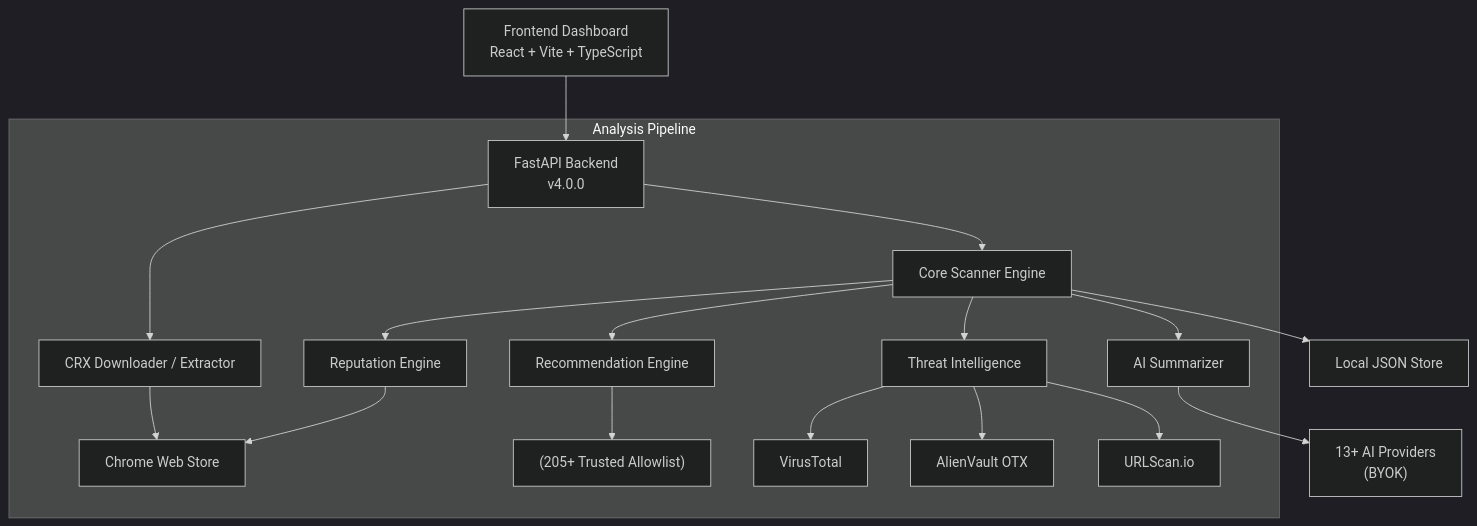
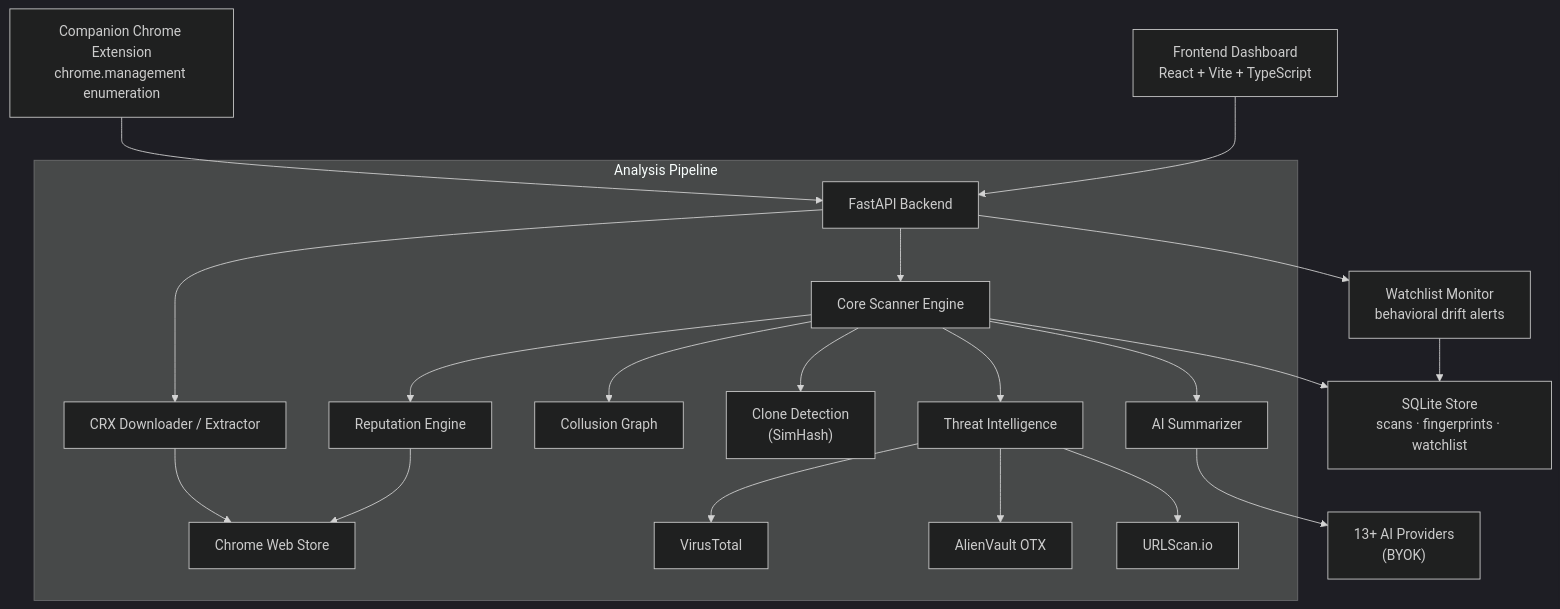
The diagram in README.md (cybergeek-007/ManifestGuard), drawn with Mermaid (dark theme) before and after one commit. The commit also changed other lines of this file and 8 other files, not shown here.

````diff
--- a/README.md
+++ b/README.md
@@ -69,25 +97,28 @@
 ```mermaid
 graph TD
-    UI["Frontend Dashboard<br/>React + Vite + TypeScript"] --> API["FastAPI Backend<br/>v4.0.0"]
+    Ext["Companion Chrome Extension<br/>chrome.management enumeration"] --> API
+    UI["Frontend Dashboard<br/>React + Vite + TypeScript"] --> API["FastAPI Backend"]
 
     subgraph "Analysis Pipeline"
         API --> Scanner["Core Scanner Engine"]
         API --> CRX["CRX Downloader / Extractor"]
 
         CRX --> CWS["Chrome Web Store"]
 
         Scanner --> Rep["Reputation Engine"]
-        Scanner --> Recs["Recommendation Engine"]
+        Scanner --> Collusion["Collusion Graph"]
+        Scanner --> Clone["Clone Detection<br/>(SimHash)"]
         Scanner --> Intel["Threat Intelligence"]
         Scanner --> AI["AI Summarizer"]
 
         Rep --> CWS
-        Recs --> Allowlist["(205+ Trusted Allowlist)"]
         Intel --> VT["VirusTotal"]
         Intel --> OTX["AlienVault OTX"]
         Intel --> URL["URLScan.io"]
     end
 
     AI --> Providers["13+ AI Providers<br/>(BYOK)"]
-    Scanner --> DB["Local JSON Store"]
+    Scanner --> DB["SQLite Store<br/>scans · fingerprints · watchlist"]
+    API --> Watch["Watchlist Monitor<br/>behavioral drift alerts"]
+    Watch --> DB
 ```
````
